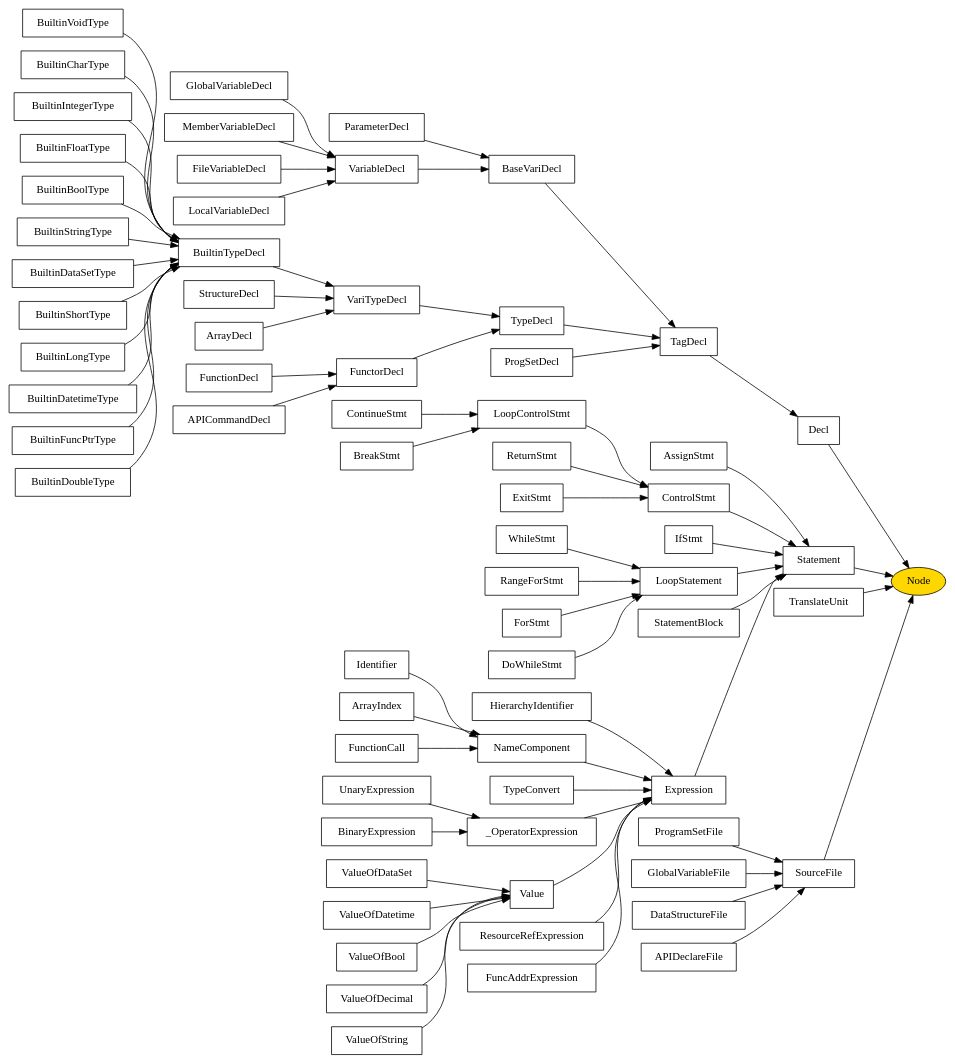
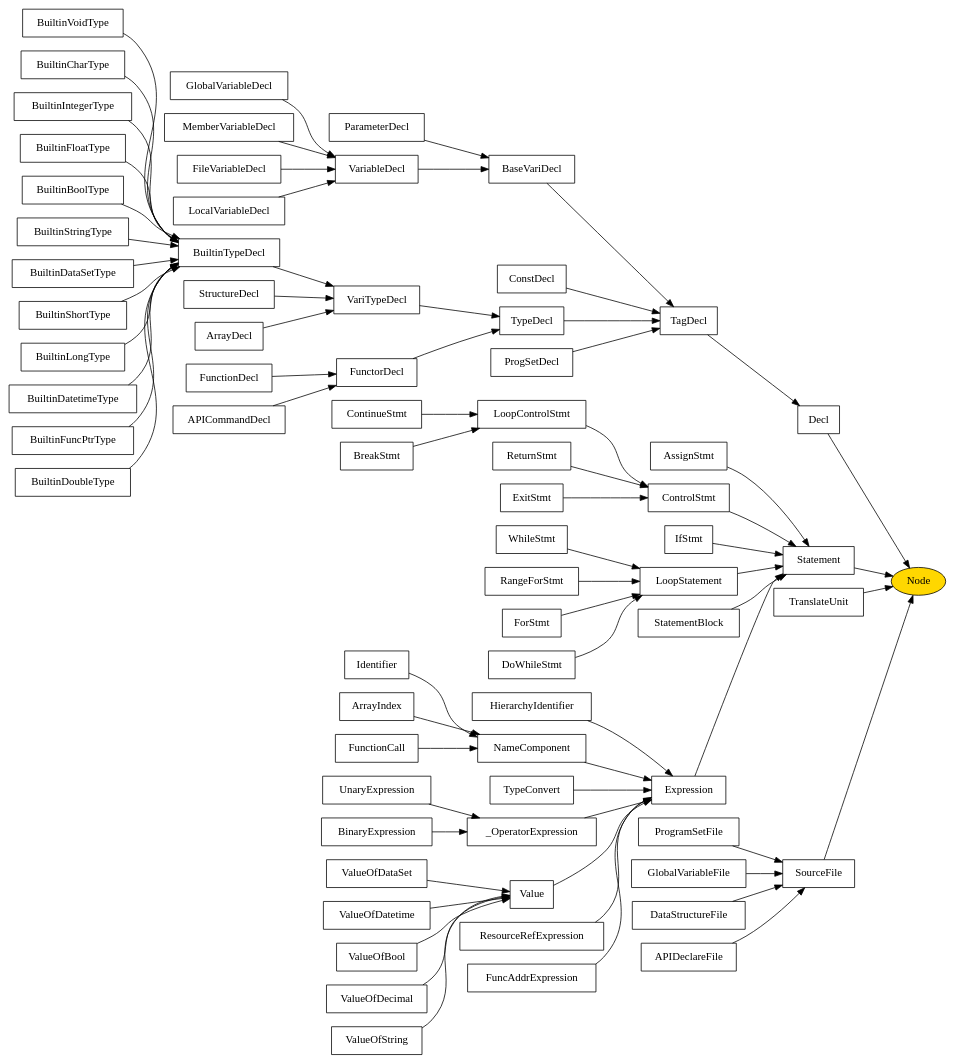
The diagram in Compiler/rexlang_compiler/NodeClassInheritance.dot (RonxBulld/RexLang), drawn with Graphviz before and after one commit. The commit also changed 13 other files, not shown here.

```diff
--- a/Compiler/rexlang_compiler/NodeClassInheritance.dot
+++ b/Compiler/rexlang_compiler/NodeClassInheritance.dot
@@ -1,75 +1,76 @@
 digraph G {
 	rankdir=LR;
 	node[shape=box];
 
 	"SourceFile" -> "Node"
 	"ProgramSetFile" -> "SourceFile"
 	"GlobalVariableFile" -> "SourceFile"
 	"DataStructureFile" -> "SourceFile"
 	"APIDeclareFile" -> "SourceFile"
 	"Decl" -> "Node"
 	"TagDecl" -> "Decl"
 	"BaseVariDecl" -> "TagDecl"
 	"ParameterDecl" -> "BaseVariDecl"
 	"VariableDecl" -> "BaseVariDecl"
 	"GlobalVariableDecl" -> "VariableDecl"
 	"MemberVariableDecl" -> "VariableDecl"
 	"FileVariableDecl" -> "VariableDecl"
 	"LocalVariableDecl" -> "VariableDecl"
+	"ConstDecl" -> "TagDecl"
 	"TypeDecl" -> "TagDecl"
 	"VariTypeDecl"->"TypeDecl"
 	"BuiltinTypeDecl" -> "VariTypeDecl"
 	"StructureDecl" -> "VariTypeDecl"
 	"ArrayDecl" -> "VariTypeDecl"
 	"FunctorDecl" -> "TypeDecl"
 	"FunctionDecl" -> "FunctorDecl"
 	"APICommandDecl" -> "FunctorDecl"
 	"ProgSetDecl" -> "TagDecl"
 	"Statement" -> "Node"
 	"AssignStmt" -> "Statement"
 	"ControlStmt" -> "Statement"
 	"LoopControlStmt" -> "ControlStmt"
 	"ContinueStmt" -> "LoopControlStmt"
 	"BreakStmt" -> "LoopControlStmt"
 	"ReturnStmt" -> "ControlStmt"
 	"ExitStmt" -> "ControlStmt"
 	"IfStmt" -> "Statement"
 	"LoopStatement" -> "Statement"
 	"WhileStmt" -> "LoopStatement"
 	"RangeForStmt" -> "LoopStatement"
 	"ForStmt" -> "LoopStatement"
 	"DoWhileStmt" -> "LoopStatement"
 	"StatementBlock" -> "Statement"
 	"Expression" -> "Statement"
 	"HierarchyIdentifier" -> "Expression"
 	"NameComponent" -> "Expression"
 	"Identifier" -> "NameComponent"
 	"ArrayIndex" -> "NameComponent"
 	"FunctionCall" -> "NameComponent"
 	"TypeConvert" -> "Expression"
 	"_OperatorExpression" -> "Expression"
 	"UnaryExpression" -> "_OperatorExpression"
 	"BinaryExpression" -> "_OperatorExpression"
 	"Value" -> "Expression"
 	"ValueOfDataSet" -> "Value"
 	"ValueOfDatetime" -> "Value"
 	"ResourceRefExpression" -> "Expression"
 	"FuncAddrExpression" -> "Expression"
 	"ValueOfBool" -> "Value"
 	"ValueOfDecimal" -> "Value"
 	"ValueOfString" -> "Value"
 	"TranslateUnit" -> "Node"
 	"BuiltinVoidType" -> "BuiltinTypeDecl"
 	"BuiltinCharType" -> "BuiltinTypeDecl"
 	"BuiltinIntegerType" -> "BuiltinTypeDecl"
 	"BuiltinFloatType" -> "BuiltinTypeDecl"
 	"BuiltinBoolType" -> "BuiltinTypeDecl"
 	"BuiltinStringType" -> "BuiltinTypeDecl"
 	"BuiltinDataSetType" -> "BuiltinTypeDecl"
 	"BuiltinShortType" -> "BuiltinTypeDecl"
 	"BuiltinLongType" -> "BuiltinTypeDecl"
 	"BuiltinDatetimeType" -> "BuiltinTypeDecl"
 	"BuiltinFuncPtrType" -> "BuiltinTypeDecl"
 	"BuiltinDoubleType" -> "BuiltinTypeDecl"
 	"Node"[shape=ellipse fillcolor=gold style=filled];
 }
```
